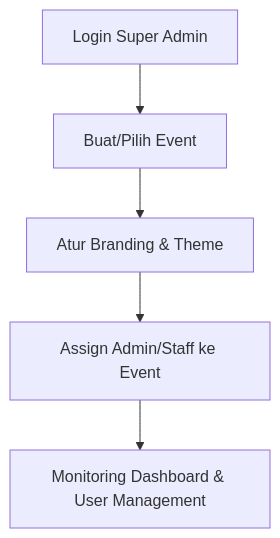
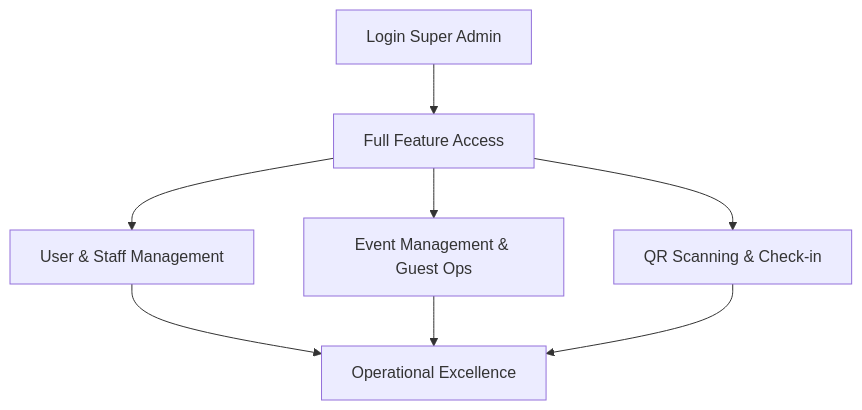
One commit to bip-itteam-internal/halal-bihalal-2025 changed the second of 10 diagrams in docs/project_brief.md. Above: the diagram before and after it, drawn with Mermaid. The commit also changed other lines of this file, not shown here.

Commit message:
docs: refine user roles and workflows in project brief

````diff
--- a/docs/project_brief.md
+++ b/docs/project_brief.md
@@ -104,7 +101,10 @@
 ```mermaid
 graph TD
-    SA1[Login Super Admin] --> SA2[Buat/Pilih Event]
-    SA2 --> SA3[Atur Branding & Theme]
-    SA3 --> SA4[Assign Admin/Staff ke Event]
-    SA4 --> SA5[Monitoring Dashboard & User Management]
+    SA1[Login Super Admin] --> SA2[Full Feature Access]
+    SA2 --> SA3[User & Staff Management]
+    SA2 --> SA4[Event Management & Guest Ops]
+    SA2 --> SA5[QR Scanning & Check-in]
+    SA3 --> SA6[Operational Excellence]
+    SA4 --> SA6
+    SA5 --> SA6
 ```
````
